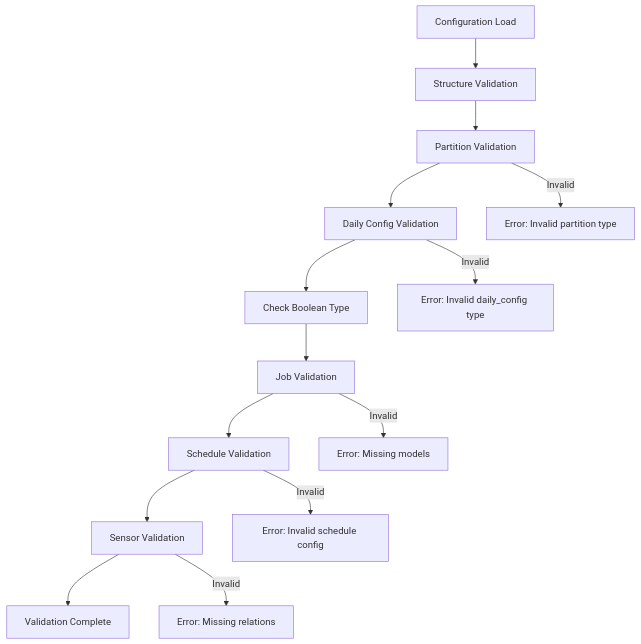
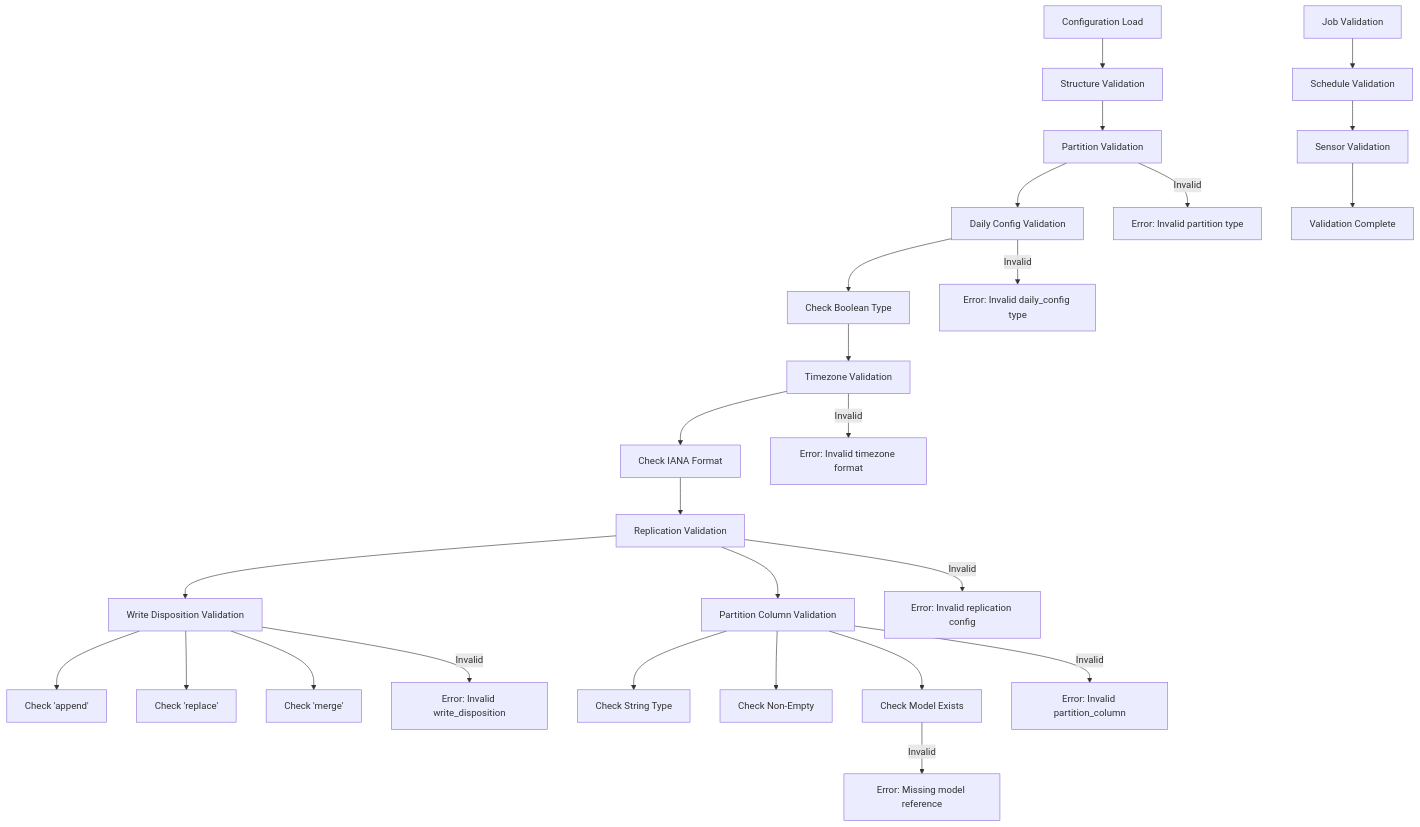
The fifth of 14 diagrams in .qoder/repowiki/en/content/Core Concepts/Dagsterization YAML Configuration.md (metasync/dbt-dagsterizer), drawn with Mermaid before and after one commit. The commit also changed other lines of this file and 3 other files, not shown here.

````diff
--- a/.qoder/repowiki/en/content/Core Concepts/Dagsterization YAML Configuration.md
+++ b/.qoder/repowiki/en/content/Core Concepts/Dagsterization YAML Configuration.md
@@ -199,16 +250,29 @@
 ```mermaid
 flowchart TD
 START[Configuration Load] --> STRUCT[Structure Validation]
 STRUCT --> PARTITION[Partition Validation]
 PARTITION --> DAILY_CONFIG[Daily Config Validation]
 DAILY_CONFIG --> BOOLEAN_CHECK[Check Boolean Type]
-BOOLEAN_CHECK --> JOB[Job Validation]
+BOOLEAN_CHECK --> TIMEZONE[Timezone Validation]
+TIMEZONE --> TIMEZONE_FORMAT[Check IANA Format]
+TIMEZONE_FORMAT --> REPLICATION[Replication Validation]
+REPLICATION --> WRITE_DISPOSITION[Write Disposition Validation]
+WRITE_DISPOSITION --> APPEND_CHECK[Check 'append']
+WRITE_DISPOSITION --> REPLACE_CHECK[Check 'replace']
+WRITE_DISPOSITION --> MERGE_CHECK[Check 'merge']
+REPLICATION --> PARTITION_COLUMN[Partition Column Validation]
+PARTITION_COLUMN --> STRING_CHECK[Check String Type]
+PARTITION_COLUMN --> NON_EMPTY_CHECK[Check Non-Empty]
+PARTITION_COLUMN --> MODEL_CHECK[Check Model Exists]
+JOB[Job Validation]
 JOB --> SCHEDULE[Schedule Validation]
 SCHEDULE --> SENSOR[Sensor Validation]
 SENSOR --> COMPLETE[Validation Complete]
 PARTITION --> |Invalid| ERROR1[Error: Invalid partition type]
 DAILY_CONFIG --> |Invalid| ERROR2[Error: Invalid daily_config type]
-JOB --> |Invalid| ERROR3[Error: Missing models]
-SCHEDULE --> |Invalid| ERROR4[Error: Invalid schedule config]
-SENSOR --> |Invalid| ERROR5[Error: Missing relations]
+TIMEZONE --> |Invalid| ERROR3[Error: Invalid timezone format]
+REPLICATION --> |Invalid| ERROR4[Error: Invalid replication config]
+WRITE_DISPOSITION --> |Invalid| ERROR5[Error: Invalid write_disposition]
+PARTITION_COLUMN --> |Invalid| ERROR6[Error: Invalid partition_column]
+MODEL_CHECK --> |Invalid| ERROR7[Error: Missing model reference]
 ```
````
